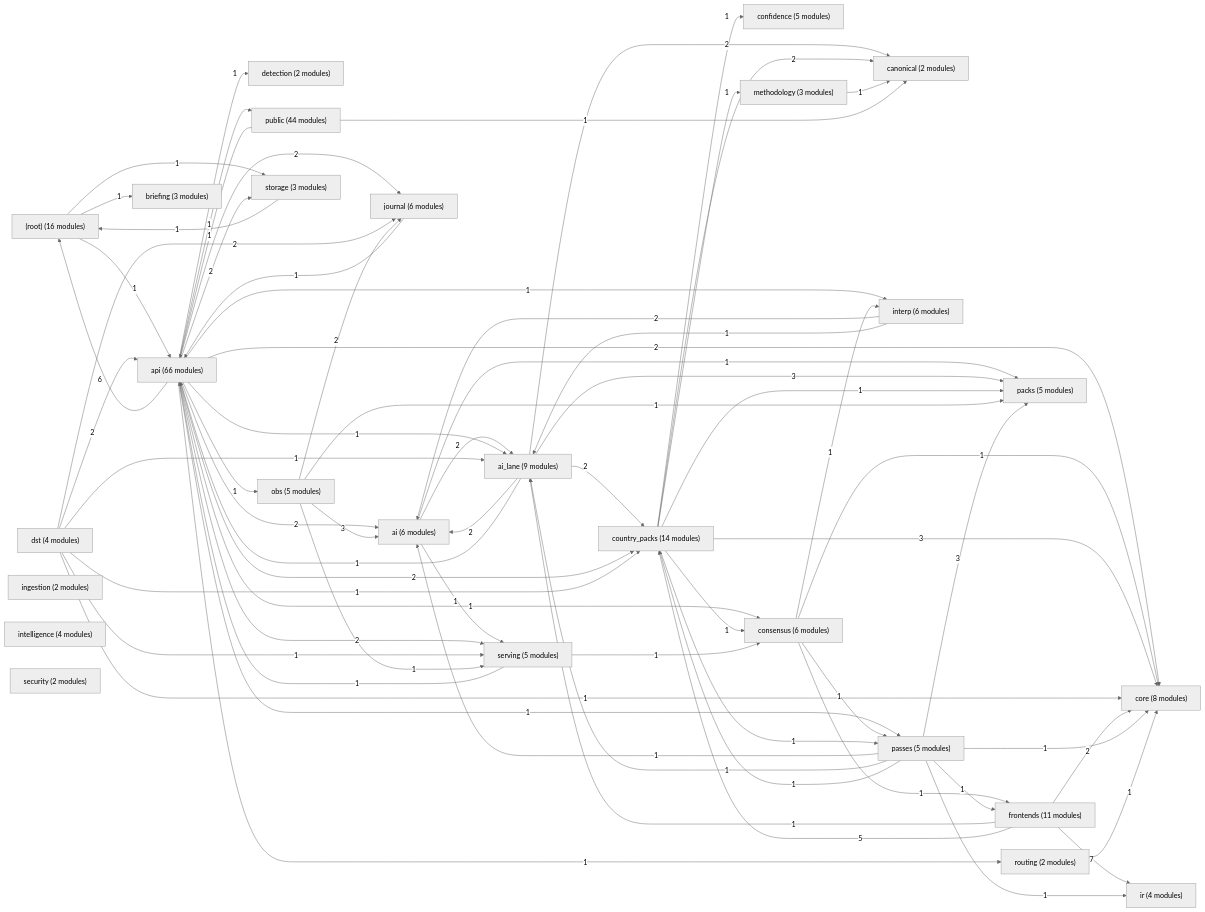
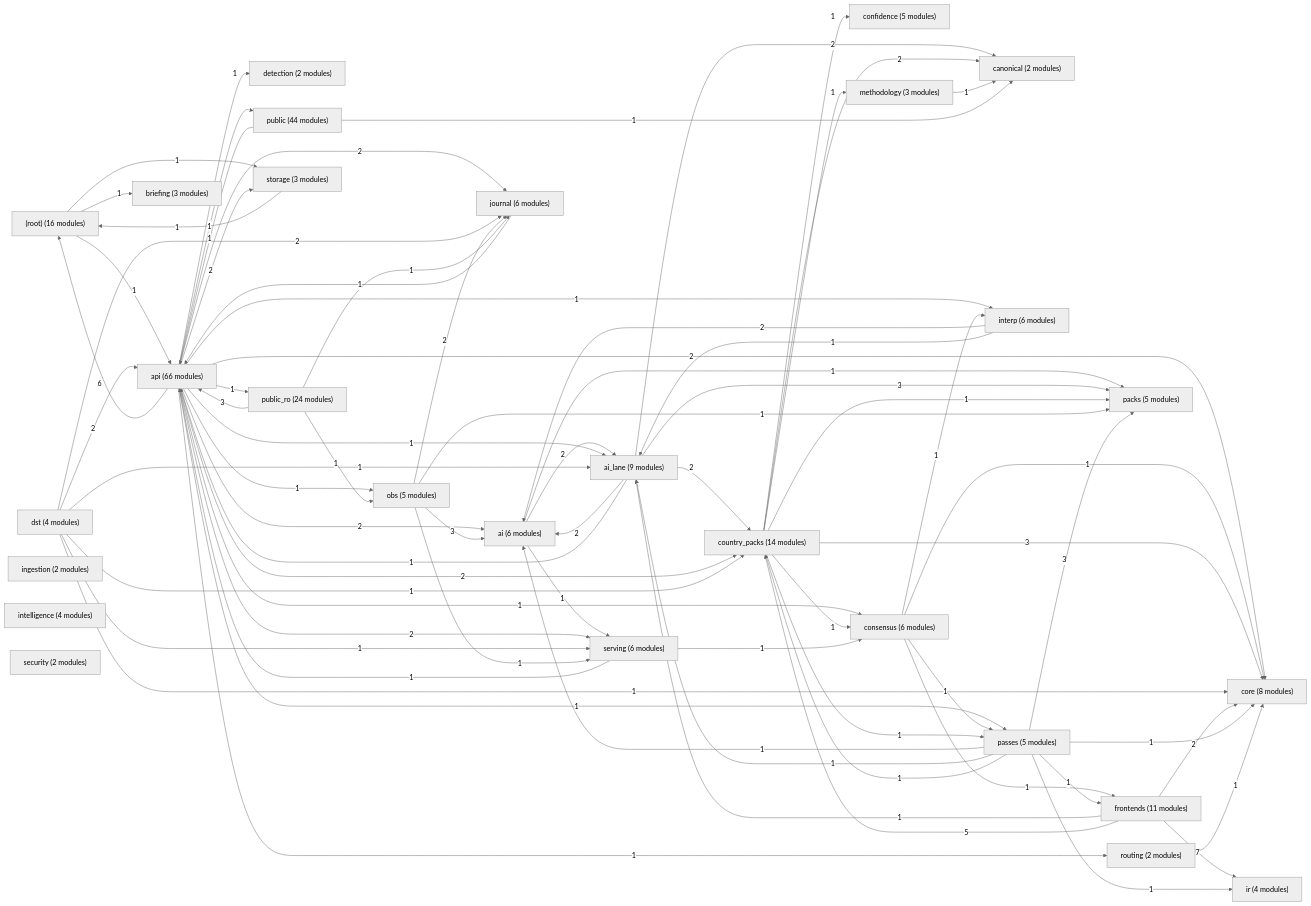
The second of 3 diagrams in docs/engine_book/architecture.md (AlexDC100/cfo-ai.io), drawn with Mermaid (neutral theme) before and after one commit. The commit also changed other lines of this file and 73 other files, not shown here.

```diff
--- a/docs/engine_book/architecture.md
+++ b/docs/engine_book/architecture.md
@@ -56,9 +56,10 @@
     pkg_packs["packs (5 modules)"]
     pkg_passes["passes (5 modules)"]
     pkg_public["public (44 modules)"]
+    pkg_public_ro["public_ro (24 modules)"]
     pkg_routing["routing (2 modules)"]
     pkg_security["security (2 modules)"]
-    pkg_serving["serving (5 modules)"]
+    pkg_serving["serving (6 modules)"]
     pkg_storage["storage (3 modules)"]
     pkg__root_ -->|1| pkg_api
     pkg__root_ -->|1| pkg_briefing
@@ -83,6 +84,7 @@
     pkg_api -->|1| pkg_obs
     pkg_api -->|1| pkg_passes
     pkg_api -->|1| pkg_public
+    pkg_api -->|1| pkg_public_ro
     pkg_api -->|1| pkg_routing
     pkg_api -->|2| pkg_serving
     pkg_api -->|2| pkg_storage
@@ -124,6 +126,9 @@
     pkg_passes -->|3| pkg_packs
     pkg_public -->|1| pkg_api
     pkg_public -->|1| pkg_canonical
+    pkg_public_ro -->|3| pkg_api
+    pkg_public_ro -->|1| pkg_journal
+    pkg_public_ro -->|1| pkg_obs
     pkg_routing -->|1| pkg_core
     pkg_serving -->|1| pkg_api
     pkg_serving -->|1| pkg_consensus
```
